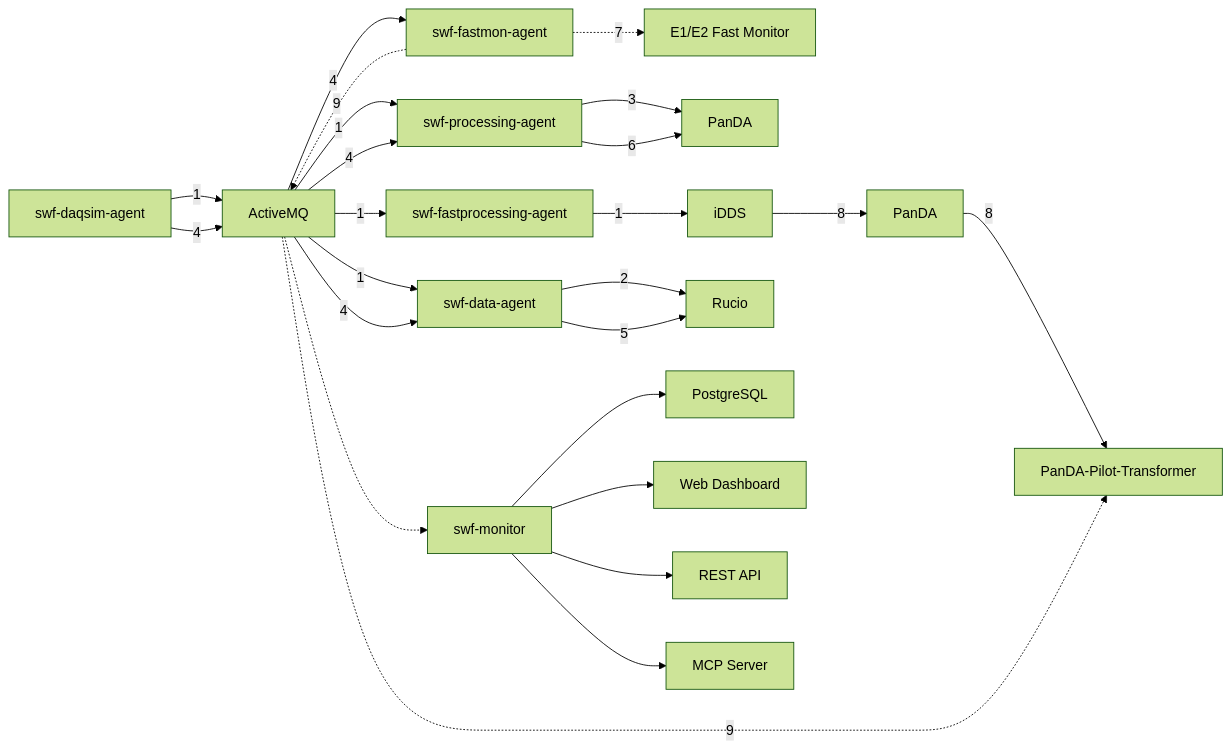
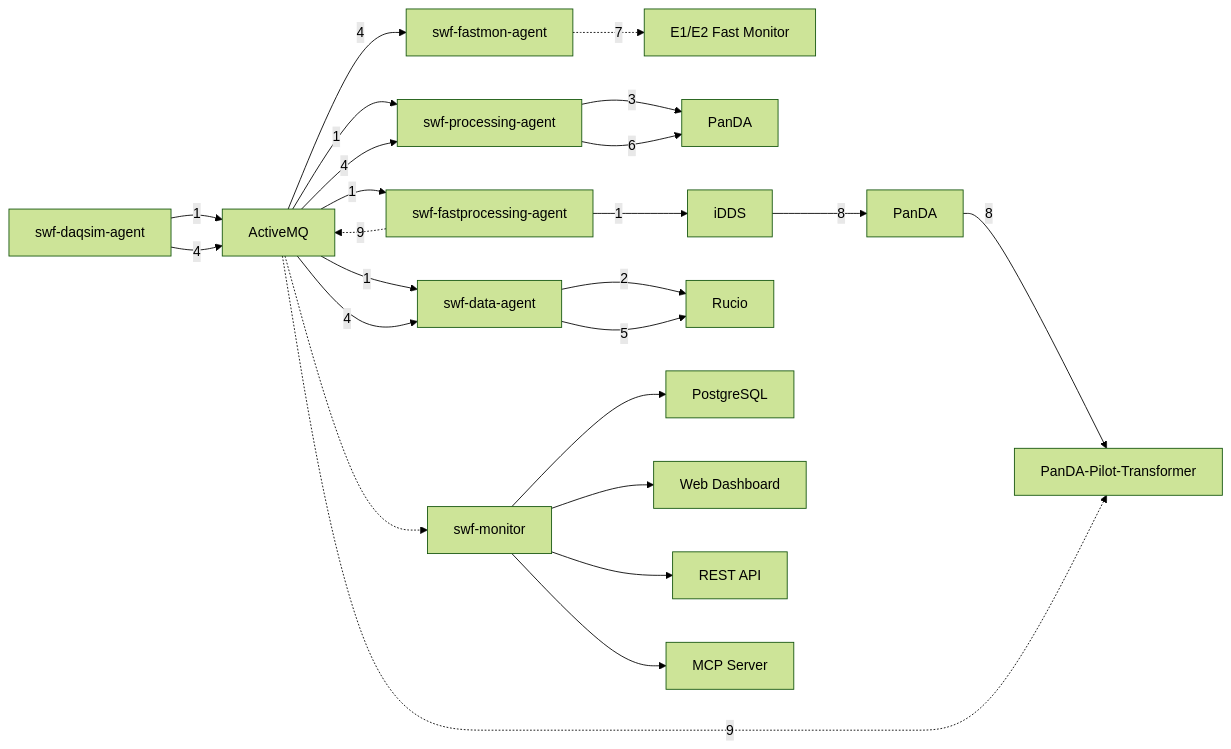
Before and after one commit to wguanicedew/documents: the second of 2 diagrams in swf-testbed/architecture.md, drawn with Mermaid (forest theme). The commit also changed other lines of this file, not shown here.

````diff
--- a/swf-testbed/architecture.md
+++ b/swf-testbed/architecture.md
@@ -55,48 +55,48 @@
 ```mermaid
 graph LR
     DAQ[E1/E2 Fast Monitor]
     PanDA[PanDA]
     PanDA1[PanDA]
     iDDS[iDDS]
     Pilot[PanDA-Pilot-Transformer]
     Rucio[Rucio]
     ActiveMQ[ActiveMQ]
     PostgreSQL[PostgreSQL]
     DAQSim[swf-daqsim-agent]
     DataAgent[swf-data-agent]
     ProcAgent[swf-processing-agent]
     FastMon[swf-fastmon-agent]
     FastProc[swf-fastprocessing-agent]
     Monitor[swf-monitor]
     WebUI[Web Dashboard]
     RestAPI[REST API]
     MCP[MCP Server]
 
     DAQSim -->|1| ActiveMQ
     ActiveMQ -->|1| DataAgent
     ActiveMQ -->|1| ProcAgent
     ActiveMQ -->|1| FastProc
     FastProc -->|1| iDDS
     DataAgent -->|2| Rucio
     ProcAgent -->|3| PanDA
 
     DAQSim -->|4| ActiveMQ
     ActiveMQ -->|4| DataAgent
     ActiveMQ -->|4| ProcAgent
     ActiveMQ -->|4| FastMon
 
     DataAgent -->|5| Rucio
     ProcAgent -->|6| PanDA
     FastMon -.->|7| DAQ
 
     ActiveMQ -.-> Monitor
     Monitor --> PostgreSQL
     Monitor --> WebUI
     Monitor --> RestAPI
     Monitor --> MCP
 
     iDDS -->|8| PanDA1
     PanDA1 -->|8| Pilot
-    FastMon -.->|9| ActiveMQ
+    FastProc -.->|9| ActiveMQ
     ActiveMQ -.->|9| Pilot
 ```
````
